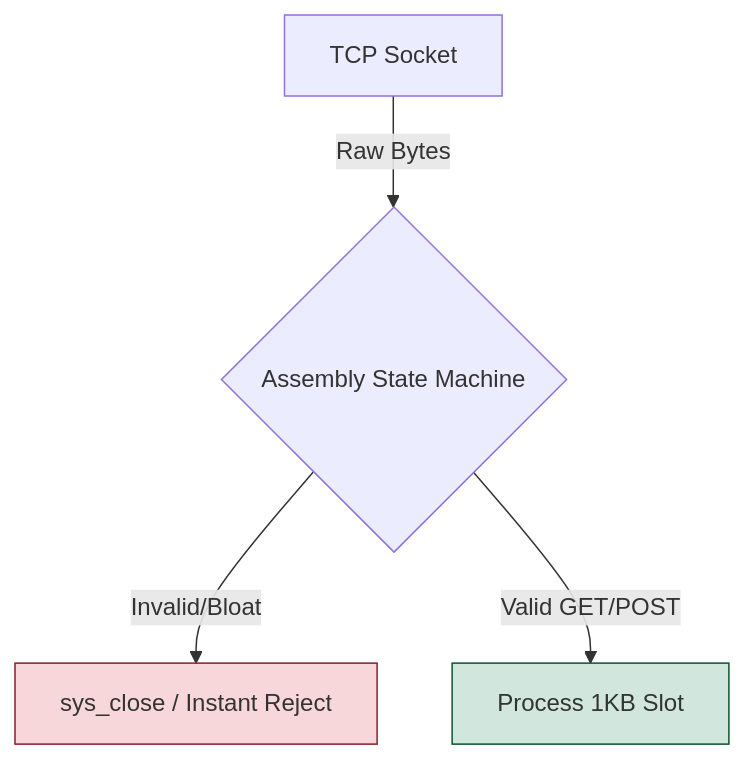
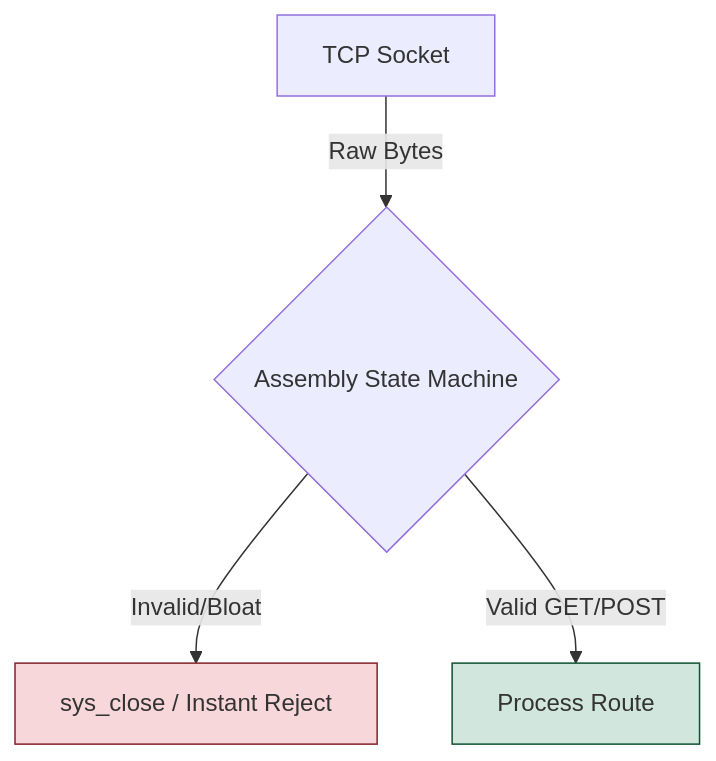
Before and after one commit to BlockmakerCompany/la-roca-micro-kv: the fourth of 4 diagrams in ARCHITECTURE.md, drawn with Mermaid. The commit also changed other lines of this file and 4 other files, not shown here.

Commit message:
docs: update memory layout and architecture docs for B+ Tree

````diff
--- a/ARCHITECTURE.md
+++ b/ARCHITECTURE.md
@@ -178,9 +129,9 @@
 ```mermaid
 graph TD
     Socket[TCP Socket] -->|Raw Bytes| Parser{Assembly State Machine}
     Parser -->|Invalid/Bloat| Drop[sys_close / Instant Reject]
-    Parser -->|Valid GET/POST| Action[Process 1KB Slot]
+    Parser -->|Valid GET/POST| Action[Process Route]
     
     style Drop fill:#f8d7da,stroke:#842029
     style Action fill:#d1e7dd,stroke:#0f5132
 ```
````
